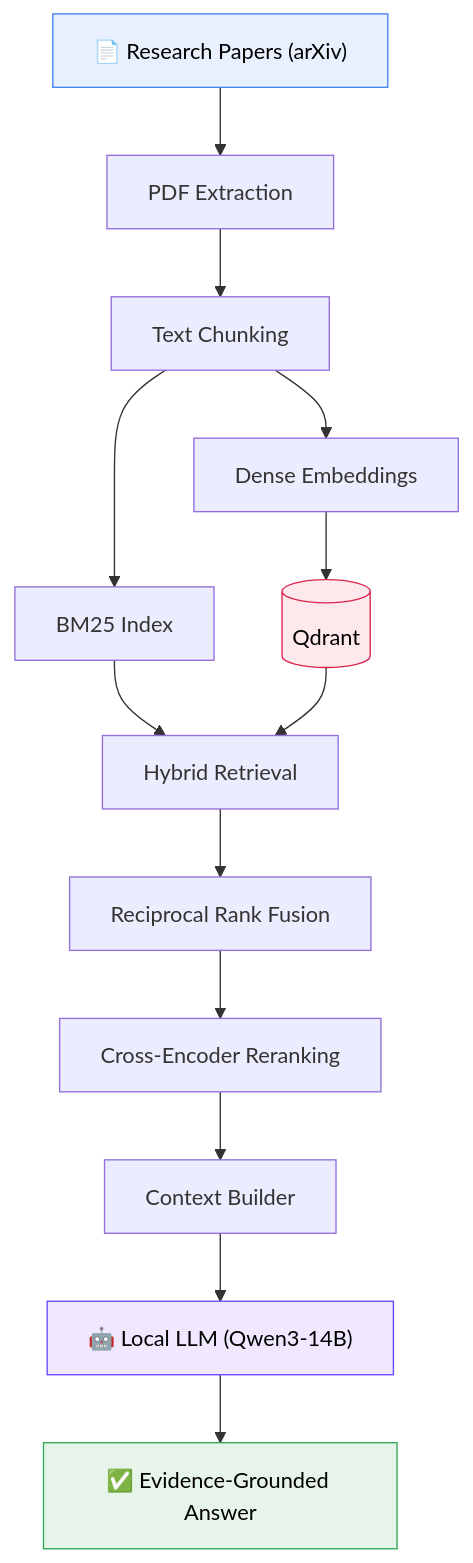
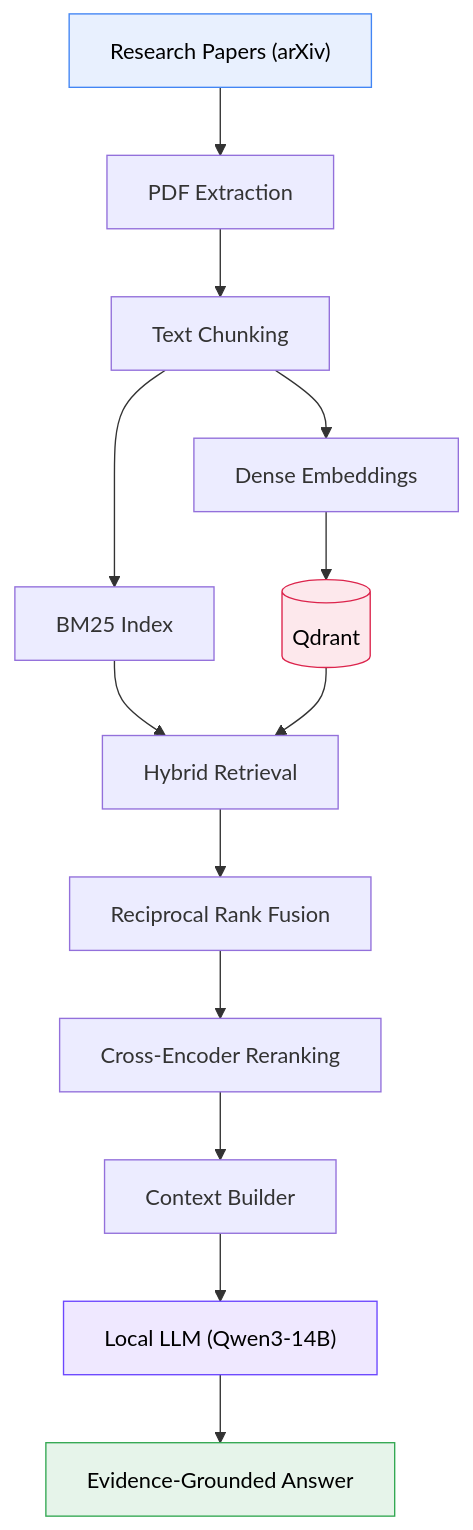
The diagram in README.md (dasdebjeet/SciLitRAG), drawn with Mermaid before and after one commit. The commit also changed other lines of this file, not shown here.

````diff
--- a/README.md
+++ b/README.md
@@ -52,20 +52,20 @@
 ```mermaid
 flowchart TD
-    A["📄 Research Papers (arXiv)"] --> B["PDF Extraction"]
+    A["Research Papers (arXiv)"] --> B["PDF Extraction"]
     B --> C["Text Chunking"]
     C --> D["BM25 Index"]
     C --> E["Dense Embeddings"]
     E --> F[("Qdrant")]
     D --> G["Hybrid Retrieval"]
     F --> G
     G --> H["Reciprocal Rank Fusion"]
     H --> I["Cross-Encoder Reranking"]
     I --> J["Context Builder"]
-    J --> K["🤖 Local LLM (Qwen3-14B)"]
-    K --> L["✅ Evidence-Grounded Answer"]
+    J --> K["Local LLM (Qwen3-14B)"]
+    K --> L["Evidence-Grounded Answer"]
 
     style A fill:#e8f0fe,stroke:#4285f4,color:#000
     style F fill:#fde8ec,stroke:#dc244c,color:#000
     style K fill:#efe8ff,stroke:#6c47ff,color:#000
     style L fill:#e6f4ea,stroke:#34a853,color:#000
 ```
````
